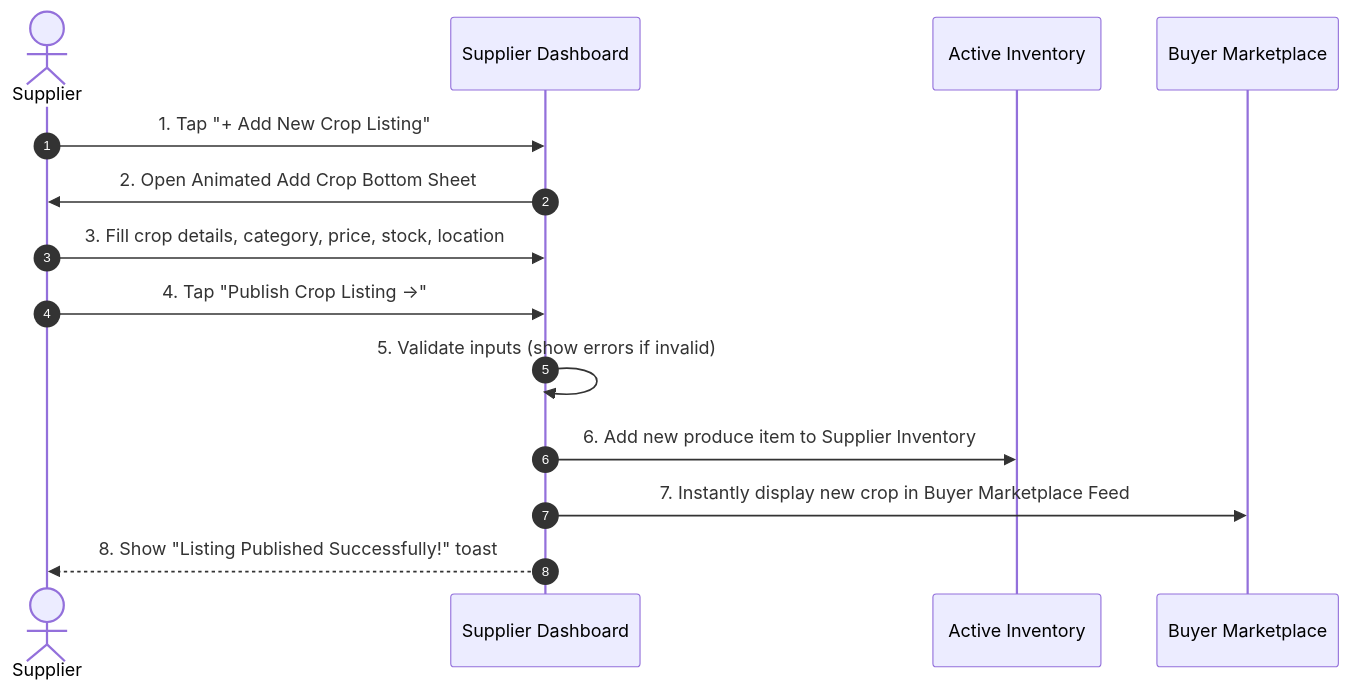
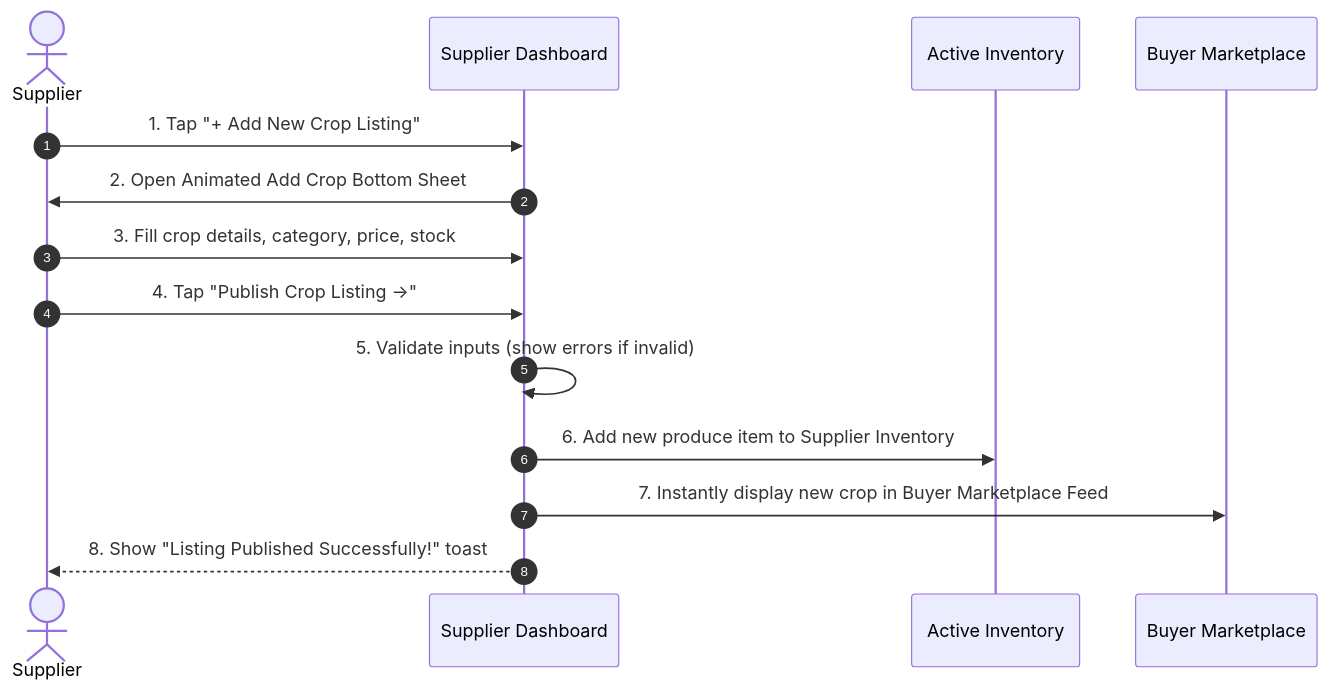
Before and after one commit to aadhyaaradhya/agri_hub_mobile: the diagram in _documentation/ADD_CROP_LISTING_FLOW.md, drawn with Mermaid. The commit also changed other lines of this file and 82 other files, not shown here.

Commit message:
feat: initialize agro marketplace application with authentication, navigation, and state management architecture

````diff
--- a/_documentation/ADD_CROP_LISTING_FLOW.md
+++ b/_documentation/ADD_CROP_LISTING_FLOW.md
@@ -25,17 +23,17 @@
 ```mermaid
 sequenceDiagram
     autonumber
     actor Supplier
     participant App as Supplier Dashboard
     participant Inventory as Active Inventory
     participant Feed as Buyer Marketplace
     
     Supplier->>App: 1. Tap "+ Add New Crop Listing"
     App->>Supplier: 2. Open Animated Add Crop Bottom Sheet
-    Supplier->>App: 3. Fill crop details, category, price, stock, location
+    Supplier->>App: 3. Fill crop details, category, price, stock
     Supplier->>App: 4. Tap "Publish Crop Listing →"
     App->>App: 5. Validate inputs (show errors if invalid)
     App->>Inventory: 6. Add new produce item to Supplier Inventory
     App->>Feed: 7. Instantly display new crop in Buyer Marketplace Feed
     App-->>Supplier: 8. Show "Listing Published Successfully!" toast
 ```
````
